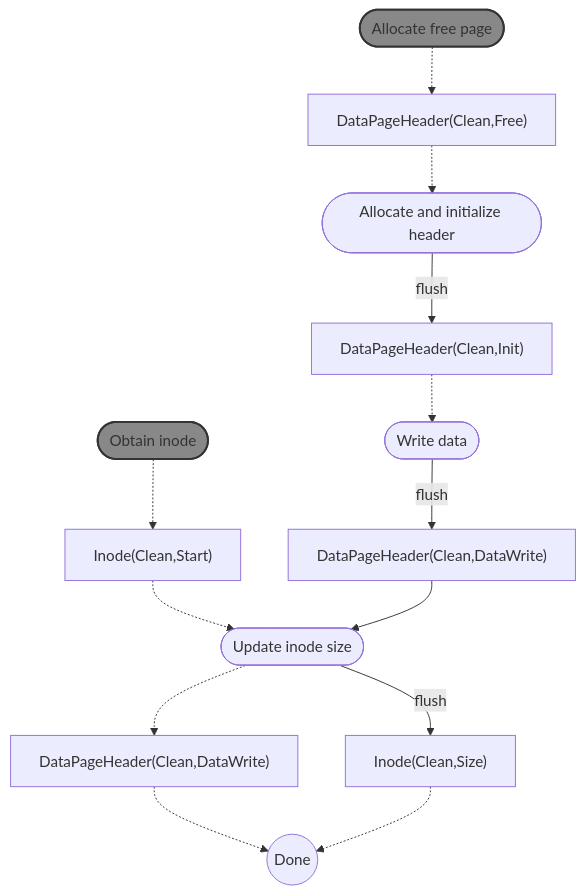
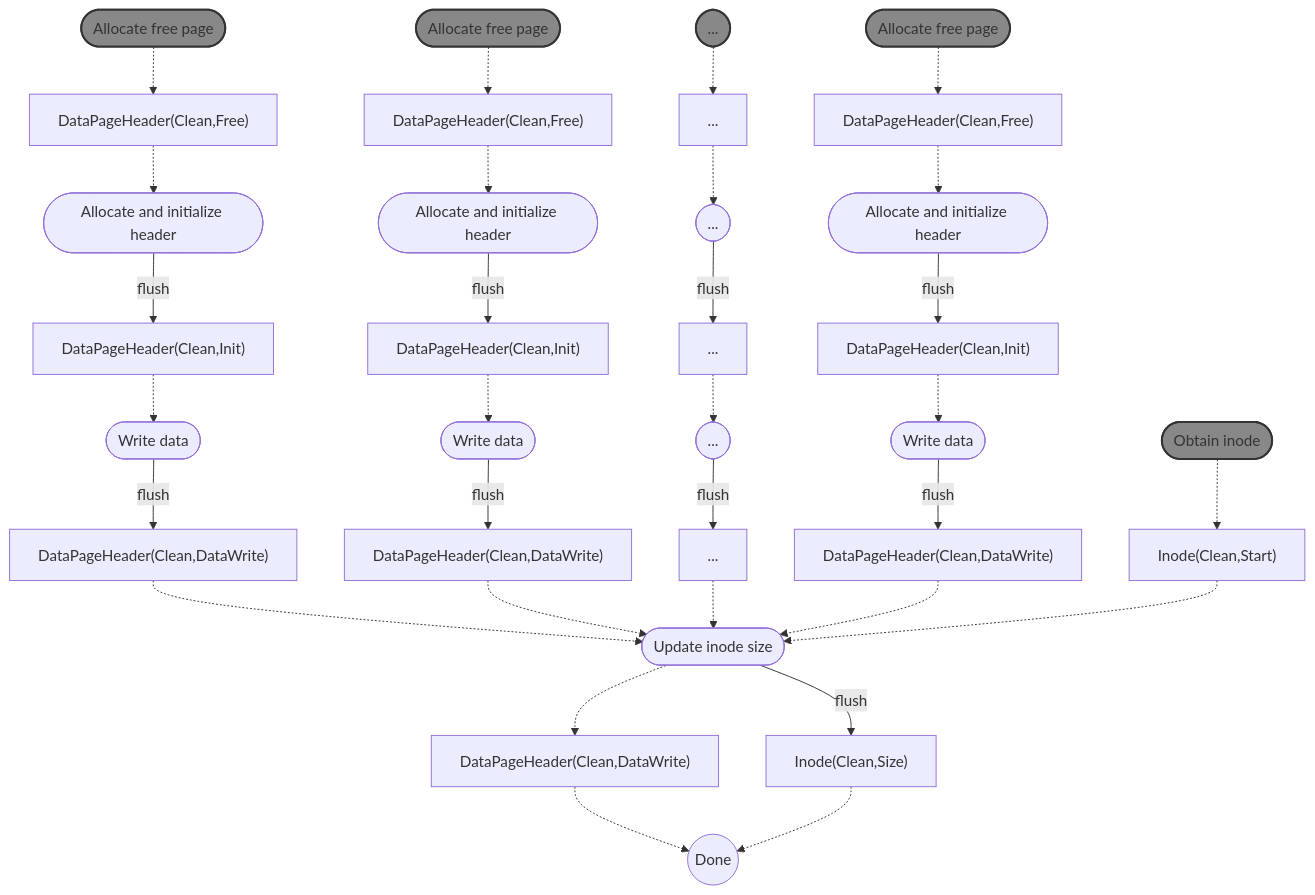
Before and after one commit to hayley-leblanc/linux: the fourth of 11 diagrams in fs/hayleyfs/dependencies_v1.md, drawn with Mermaid. The commit also changed other lines of this file, not shown here.

````diff
--- a/fs/hayleyfs/dependencies_v1.md
+++ b/fs/hayleyfs/dependencies_v1.md
@@ -84,16 +84,33 @@
 ```mermaid
 graph TD
   A([Allocate free page]) -.-> B["DataPageHeader(Clean,Free)"]
 	B -.-> C([Allocate and initialize header])
 	C --flush--> D["DataPageHeader(Clean,Init)"]
 	D -.-> E([Write data]) --flush--> F["DataPageHeader(Clean,DataWrite)"]
+
+	A0([Allocate free page]) -.-> B0["DataPageHeader(Clean,Free)"]
+	B0 -.-> C0([Allocate and initialize header])
+	C0 --flush--> D0["DataPageHeader(Clean,Init)"]
+	D0 -.-> E0([Write data]) --flush--> F0["DataPageHeader(Clean,DataWrite)"]
+
+	A1([...]) -.-> B1[...]
+	B1 -.-> C1([...])
+	C1 --flush--> D1[...]
+	D1 -.-> E1([...]) --flush--> F1[...]
+
+	A2([Allocate free page]) -.-> B2["DataPageHeader(Clean,Free)"]
+	B2 -.-> C2([Allocate and initialize header])
+	C2 --flush--> D2["DataPageHeader(Clean,Init)"]
+	D2 -.-> E2([Write data]) --flush--> F2["DataPageHeader(Clean,DataWrite)"]
+
+	F & F0 & F1 & F2 -.-> J
+	
 	G([Obtain inode]) -.-> H["Inode(Clean,Start)"]
 	J([Update inode size]) --flush--> I["Inode(Clean,Size)"]
 	H -.-> J
-	F --> J
 	J -.-> K["DataPageHeader(Clean,DataWrite)"] -.-> Z
 	I -.-> Z((Done))
 classDef empty width:0px,height:0px;
 classDef gray fill:#888,stroke:#333,stroke-width:2px;
-class A,G gray
+class A,A0,A1,A2,G gray
 ```
````
